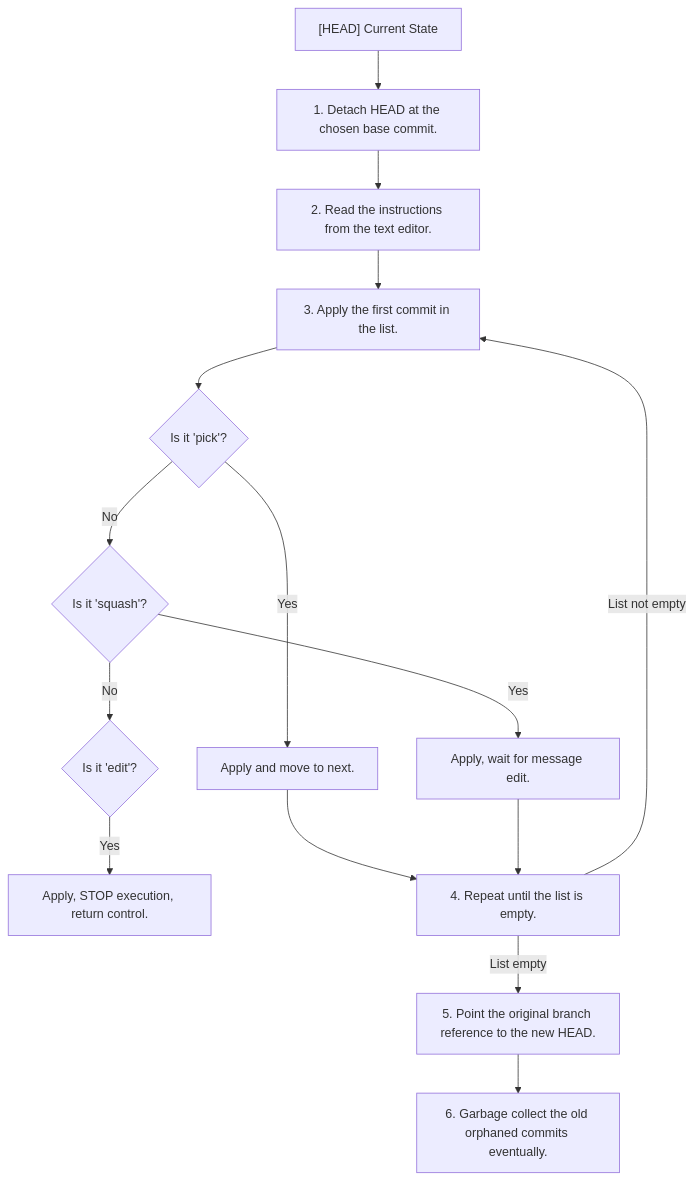
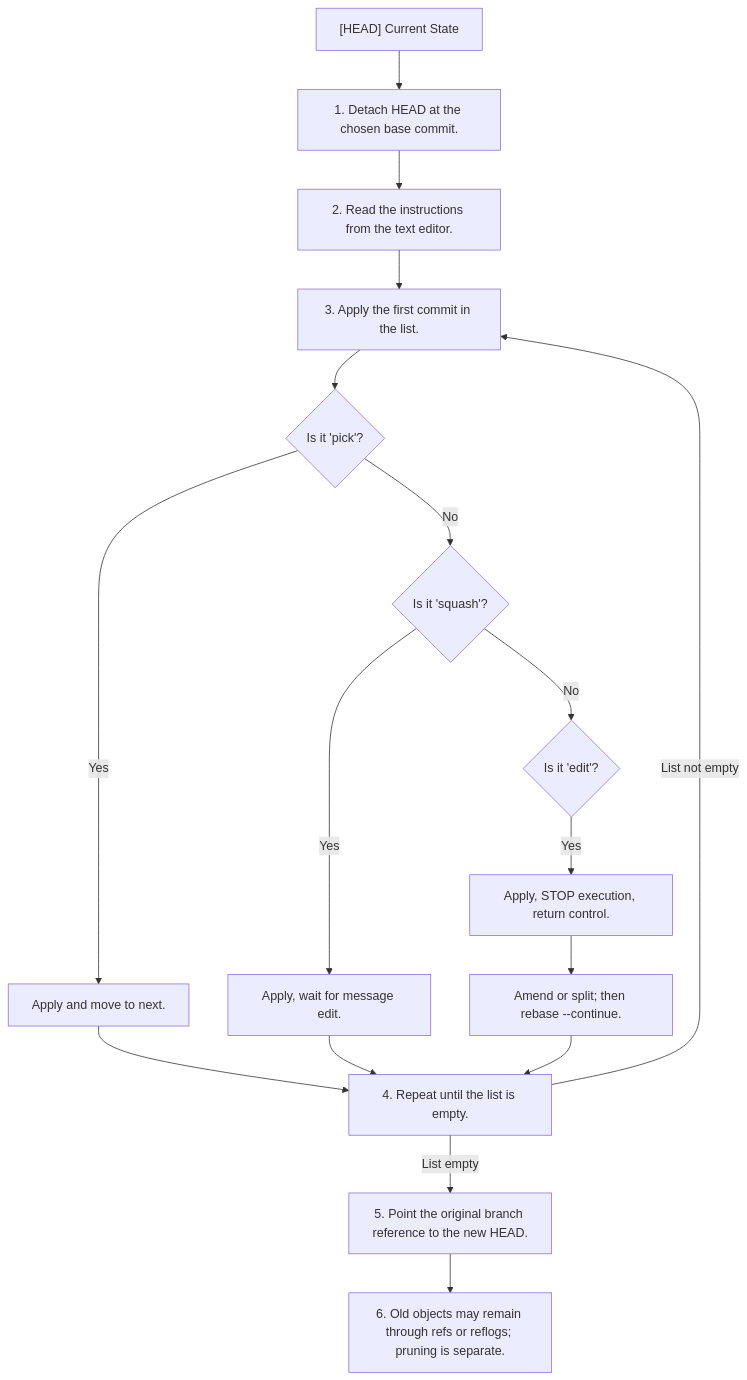
One commit to kube-dojo/kube-dojo.github.io changed the third of 5 diagrams in src/content/docs/prerequisites/git-deep-dive/module-3-interactive-rebasing.md. Above: the diagram before and after it, drawn with Mermaid. The commit also changed other lines of this file and 2 other files, not shown here.

````diff
--- a/src/content/docs/prerequisites/git-deep-dive/module-3-interactive-rebasing.md
+++ b/src/content/docs/prerequisites/git-deep-dive/module-3-interactive-rebasing.md
@@ -155,23 +155,25 @@
 ```mermaid
 flowchart TD
     Start["[HEAD] Current State"] --> Step1["1. Detach HEAD at the chosen base commit."]
     Step1 --> Step2["2. Read the instructions from the text editor."]
     Step2 --> Step3["3. Apply the first commit in the list."]
 
     Step3 --> IsPick{"Is it 'pick'?"}
     IsPick -- Yes --> ApplyPick["Apply and move to next."]
 
     IsPick -- No --> IsSquash{"Is it 'squash'?"}
     IsSquash -- Yes --> ApplySquash["Apply, wait for message edit."]
 
     IsSquash -- No --> IsEdit{"Is it 'edit'?"}
     IsEdit -- Yes --> ApplyEdit["Apply, STOP execution, return control."]
+    ApplyEdit --> Resume["Amend or split; then rebase --continue."]
+    Resume --> Step4
 
     ApplyPick --> Step4["4. Repeat until the list is empty."]
     ApplySquash --> Step4
 
     Step4 -- "List not empty" --> Step3
     Step4 -- "List empty" --> Step5["5. Point the original branch reference to the new HEAD."]
 
-    Step5 --> Step6["6. Garbage collect the old orphaned commits eventually."]
+    Step5 --> Step6["6. Old objects may remain through refs or reflogs; pruning is separate."]
 ```
````
